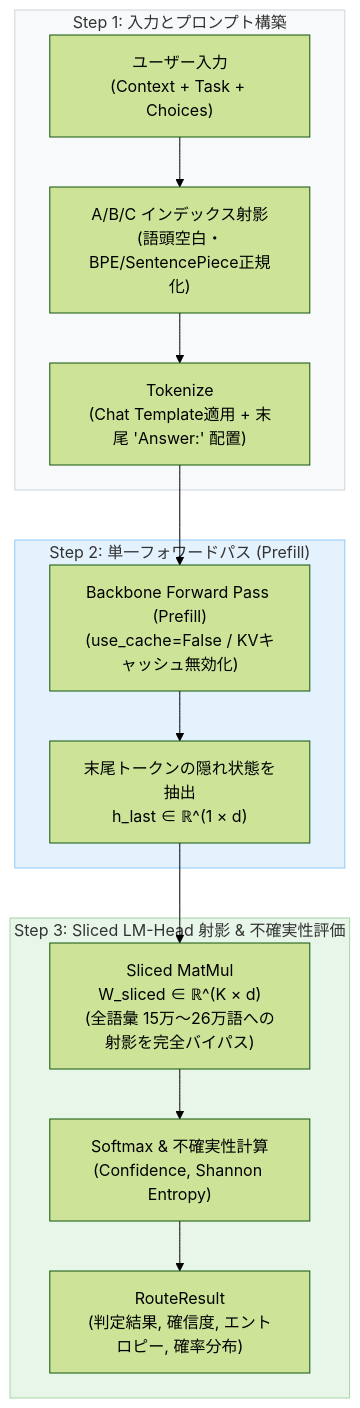
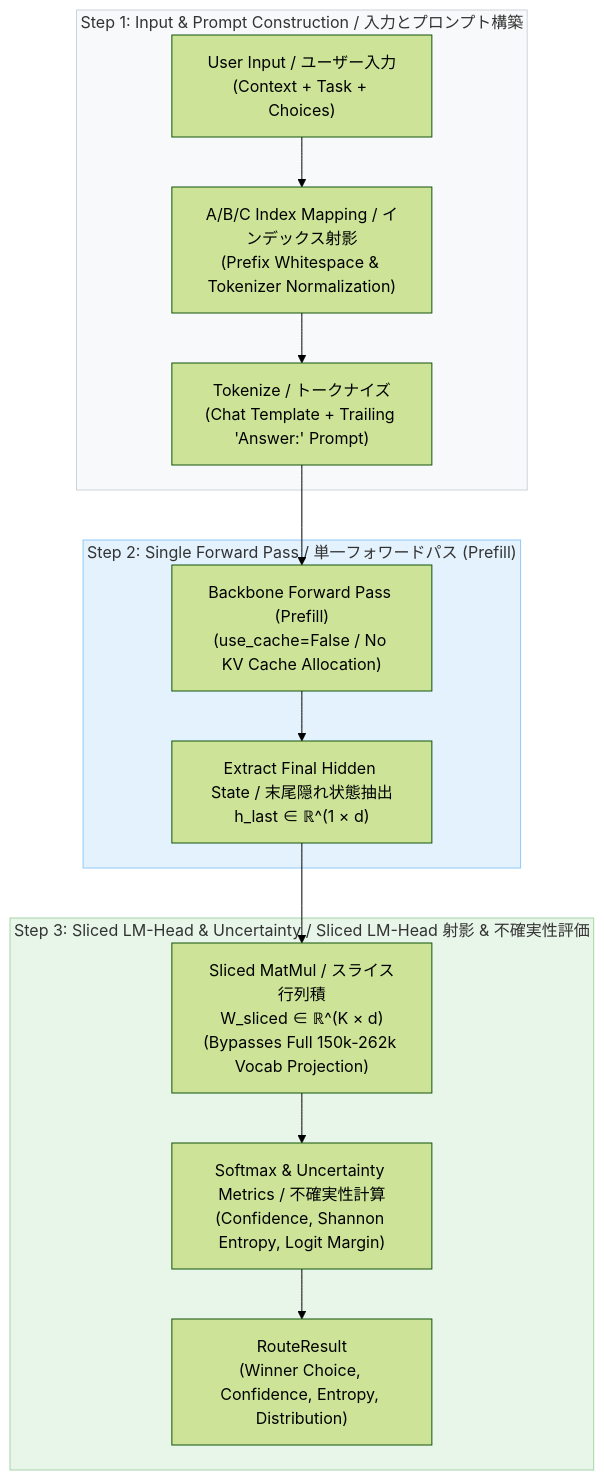
The diagram in README.md (chottokun/logit-router), drawn with Mermaid (forest theme) before and after one commit. The commit also changed other lines of this file, not shown here.

````diff
--- a/README.md
+++ b/README.md
@@ -14,29 +27,29 @@
 ```mermaid
 flowchart TD
-    subgraph Step1["Step 1: 入力とプロンプト構築"]
-        In["ユーザー入力<br>(Context + Task + Choices)"]
-        Map["A/B/C インデックス射影<br>(語頭空白・BPE/SentencePiece正規化)"]
-        Tok["Tokenize<br>(Chat Template適用 + 末尾 'Answer:' 配置)"]
+    subgraph Step1["Step 1: Input & Prompt Construction / 入力とプロンプト構築"]
+        In["User Input / ユーザー入力<br>(Context + Task + Choices)"]
+        Map["A/B/C Index Mapping / インデックス射影<br>(Prefix Whitespace & Tokenizer Normalization)"]
+        Tok["Tokenize / トークナイズ<br>(Chat Template + Trailing 'Answer:' Prompt)"]
         In --> Map --> Tok
     end
 
-    subgraph Step2["Step 2: 単一フォワードパス (Prefill)"]
-        Fwd["Backbone Forward Pass (Prefill)<br>(use_cache=False / KVキャッシュ無効化)"]
-        LastH["末尾トークンの隠れ状態を抽出<br>h_last ∈ ℝ^(1 × d)"]
+    subgraph Step2["Step 2: Single Forward Pass / 単一フォワードパス (Prefill)"]
+        Fwd["Backbone Forward Pass (Prefill)<br>(use_cache=False / No KV Cache Allocation)"]
+        LastH["Extract Final Hidden State / 末尾隠れ状態抽出<br>h_last ∈ ℝ^(1 × d)"]
         Fwd --> LastH
     end
 
-    subgraph Step3["Step 3: Sliced LM-Head 射影 & 不確実性評価"]
-        Sliced["Sliced MatMul<br>W_sliced ∈ ℝ^(K × d)<br>(全語彙 15万〜26万語への射影を完全バイパス)"]
-        Softmax["Softmax & 不確実性計算<br>(Confidence, Shannon Entropy)"]
-        Out["RouteResult<br>(判定結果, 確信度, エントロピー, 確率分布)"]
+    subgraph Step3["Step 3: Sliced LM-Head & Uncertainty / Sliced LM-Head 射影 & 不確実性評価"]
+        Sliced["Sliced MatMul / スライス行列積<br>W_sliced ∈ ℝ^(K × d)<br>(Bypasses Full 150k-262k Vocab Projection)"]
+        Softmax["Softmax & Uncertainty Metrics / 不確実性計算<br>(Confidence, Shannon Entropy, Logit Margin)"]
+        Out["RouteResult<br>(Winner Choice, Confidence, Entropy, Distribution)"]
         Sliced --> Softmax --> Out
     end
 
     Tok --> Fwd
     LastH --> Sliced
 
     style Step1 fill:#f8f9fa,stroke:#ced4da,stroke-width:1px
     style Step2 fill:#e3f2fd,stroke:#90caf9,stroke-width:1px
     style Step3 fill:#e8f5e9,stroke:#a5d6a7,stroke-width:1px
 ```
````
